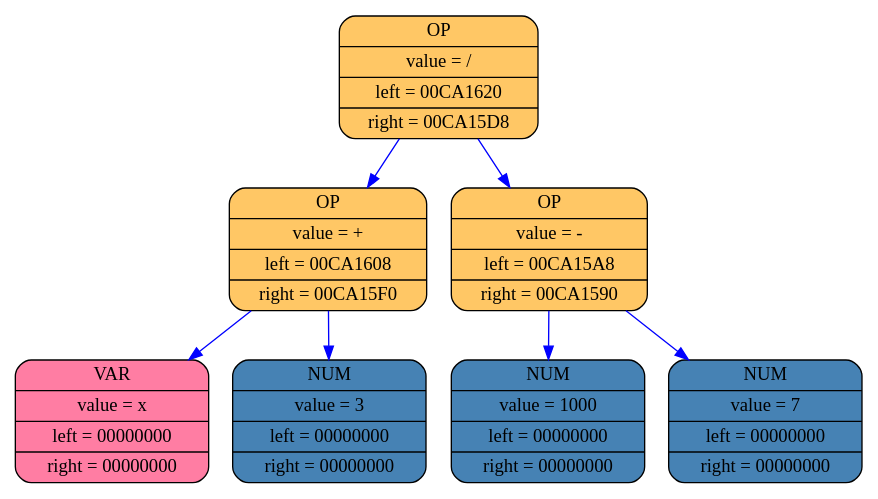
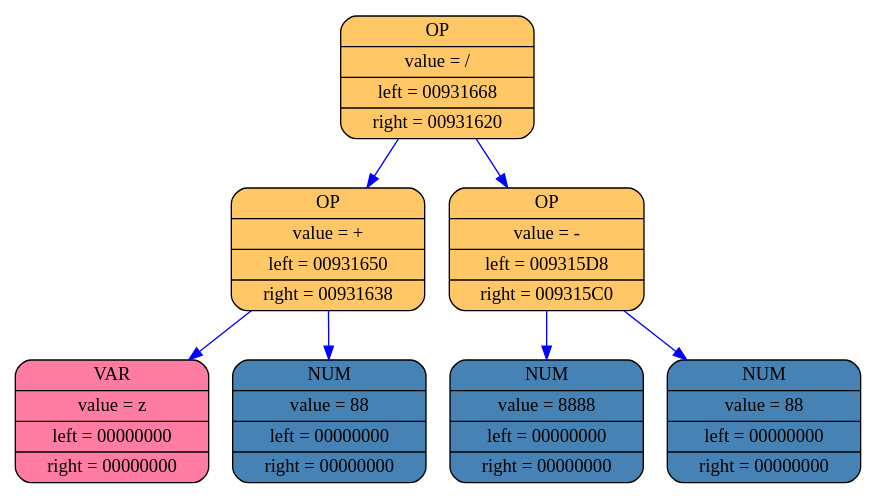
Before and after one commit to aywert/DIFFERENCIATOR: the diagram in log_folder_differenciator/differenciator_graph.dot, drawn with Graphviz. The commit also changed 12 other files, not shown here.

```diff
--- a/log_folder_differenciator/differenciator_graph.dot
+++ b/log_folder_differenciator/differenciator_graph.dot
@@ -1,17 +1,17 @@
 digraph list
 {
 rankdir=HR;
-	13243964 [shape = Mrecord; style = filled; fillcolor="#ffc765"; color = "#000000"; fontcolor = "#000000"; label = "{ OP | value = / | left = 00CA1620| right = 00CA15D8}"];
-	13243940 [shape = Mrecord; style = filled; fillcolor="#ffc765"; color = "#000000"; fontcolor = "#000000"; label = "{ OP | value = + | left = 00CA1608| right = 00CA15F0}"];
-	13243964 -> 13243940 [color="blue"]
-	13243916 [shape = Mrecord; style = filled; fillcolor="#ff7da3"; color = "#000000"; fontcolor = "#000000"; label = "{ VAR | value = x | left = 00000000| right = 00000000}"];
-	13243940 -> 13243916 [color="blue"]
-	13243892 [shape = Mrecord; style = filled; fillcolor="#4682b4"; color = "#000000"; fontcolor = "#000000"; label = "{ NUM | value = 3 | left = 00000000| right = 00000000}"];
-	13243940 -> 13243892 [color="blue"]
-	13243868 [shape = Mrecord; style = filled; fillcolor="#ffc765"; color = "#000000"; fontcolor = "#000000"; label = "{ OP | value = - | left = 00CA15A8| right = 00CA1590}"];
-	13243964 -> 13243868 [color="blue"]
-	13243820 [shape = Mrecord; style = filled; fillcolor="#4682b4"; color = "#000000"; fontcolor = "#000000"; label = "{ NUM | value = 1000 | left = 00000000| right = 00000000}"];
-	13243868 -> 13243820 [color="blue"]
-	13243796 [shape = Mrecord; style = filled; fillcolor="#4682b4"; color = "#000000"; fontcolor = "#000000"; label = "{ NUM | value = 7 | left = 00000000| right = 00000000}"];
-	13243868 -> 13243796 [color="blue"]
+	9639556 [shape = Mrecord; style = filled; fillcolor="#ffc765"; color = "#000000"; fontcolor = "#000000"; label = "{ OP | value = / | left = 00931668| right = 00931620}"];
+	9639532 [shape = Mrecord; style = filled; fillcolor="#ffc765"; color = "#000000"; fontcolor = "#000000"; label = "{ OP | value = + | left = 00931650| right = 00931638}"];
+	9639556 -> 9639532 [color="blue"]
+	9639508 [shape = Mrecord; style = filled; fillcolor="#ff7da3"; color = "#000000"; fontcolor = "#000000"; label = "{ VAR | value = z | left = 00000000| right = 00000000}"];
+	9639532 -> 9639508 [color="blue"]
+	9639484 [shape = Mrecord; style = filled; fillcolor="#4682b4"; color = "#000000"; fontcolor = "#000000"; label = "{ NUM | value = 88 | left = 00000000| right = 00000000}"];
+	9639532 -> 9639484 [color="blue"]
+	9639460 [shape = Mrecord; style = filled; fillcolor="#ffc765"; color = "#000000"; fontcolor = "#000000"; label = "{ OP | value = - | left = 009315D8| right = 009315C0}"];
+	9639556 -> 9639460 [color="blue"]
+	9639388 [shape = Mrecord; style = filled; fillcolor="#4682b4"; color = "#000000"; fontcolor = "#000000"; label = "{ NUM | value = 8888 | left = 00000000| right = 00000000}"];
+	9639460 -> 9639388 [color="blue"]
+	9639364 [shape = Mrecord; style = filled; fillcolor="#4682b4"; color = "#000000"; fontcolor = "#000000"; label = "{ NUM | value = 88 | left = 00000000| right = 00000000}"];
+	9639460 -> 9639364 [color="blue"]
 	}
```
